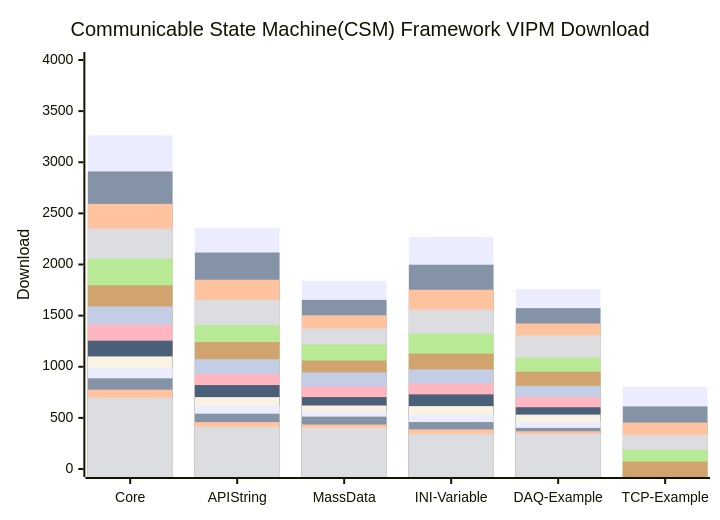
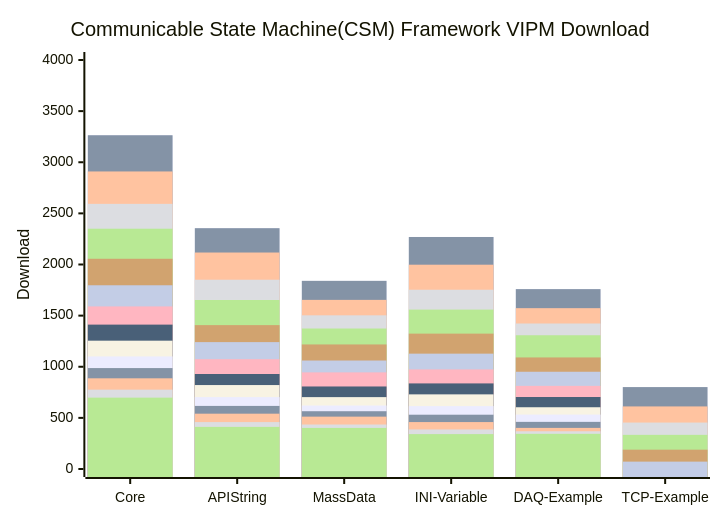
One commit to NEVSTOP-LAB/.github changed the diagram in profile/README.md. Above: the diagram before and after it, drawn with Mermaid.

Commit message:
v2025.July

````diff
--- a/profile/README.md
+++ b/profile/README.md
@@ -31,20 +31,21 @@
 ```mermaid
     xychart-beta
     title "Communicable State Machine(CSM) Framework VIPM Download"
     x-axis [Core, API String, MassData, INI-Variable, DAQ-Example, TCP-Example]
     y-axis "Download" 0 --> 4000
+    bar   [3265, 2356, 1841, 2270, 1760, 802]
     bar   [3264, 2355, 1840, 2269, 1759, 801]
     bar   [2910, 2117, 1654, 1998, 1573, 612]
     bar   [2593, 1851, 1503, 1753, 1423, 454]
     bar   [2350, 1653, 1374, 1559, 1308, 334]
     bar   [2056, 1407, 1218, 1324, 1091, 189]
     bar   [1797, 1241, 1061, 1128, 951, 72]
     bar   [1590, 1074, 945, 974, 813]
     bar   [1412, 929, 807, 837, 704]
     bar   [1255, 821, 703, 730, 604]
     bar   [1101, 703, 621, 615, 532]
     bar   [987, 617, 565, 531, 461]
     bar   [887, 541, 512, 459, 402]
     bar   [776, 459, 435, 387, 369]
     bar   [698, 412, 402, 341, 344]
 ```
````
